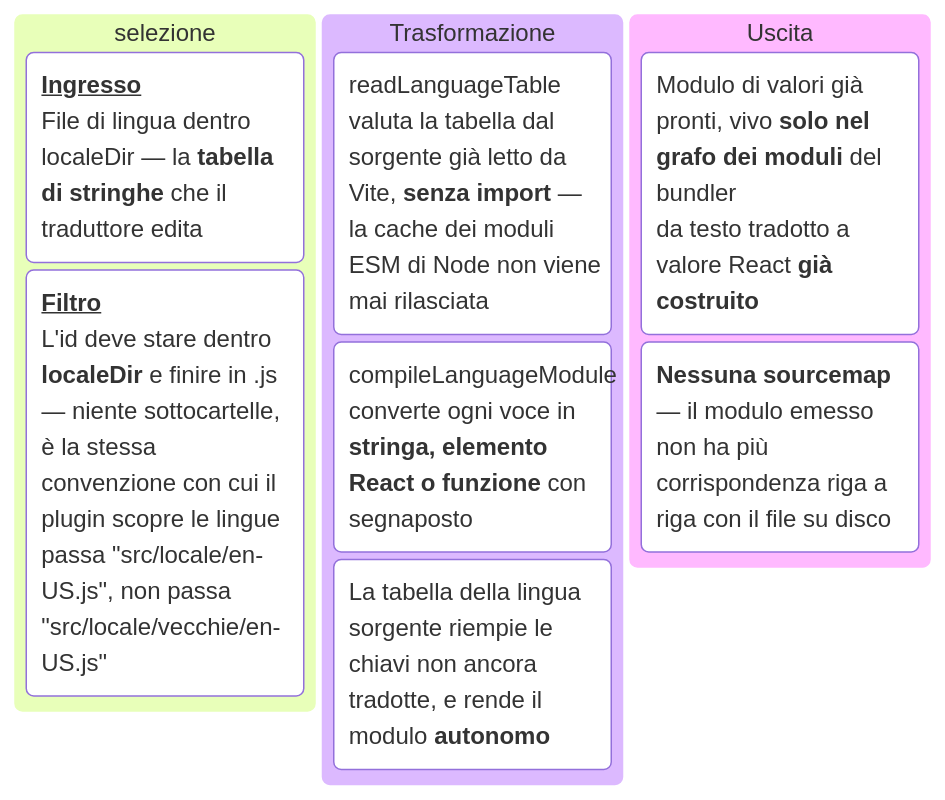
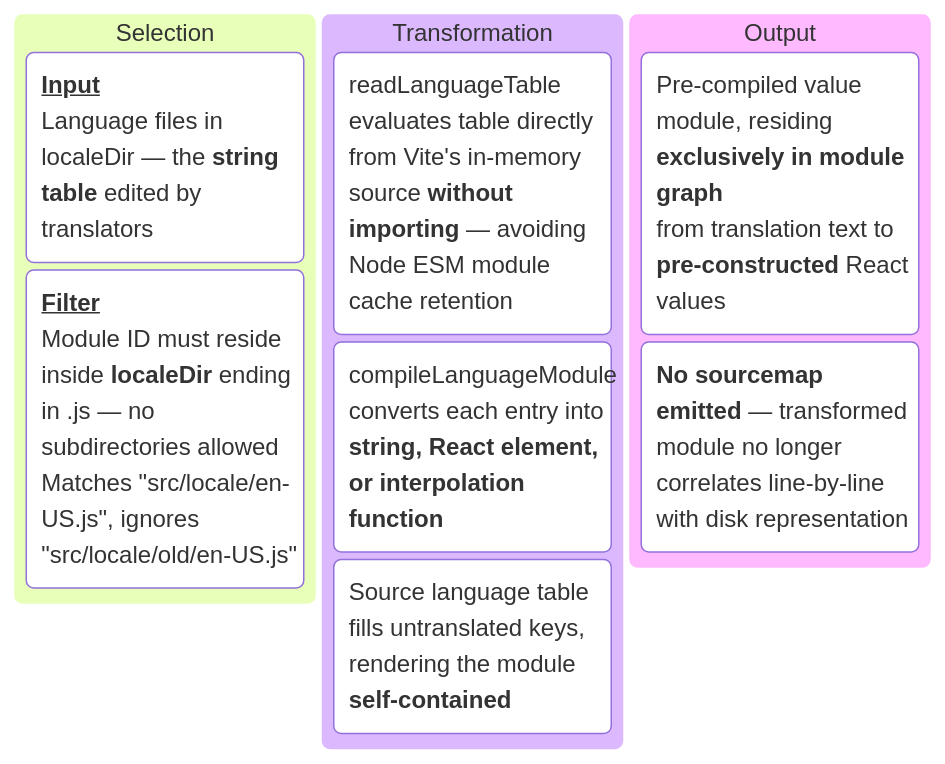
Before and after one commit to sepoina/viteTranslate: the fifth of 8 diagrams in doc/structure.md, drawn with Mermaid. The commit also changed other lines of this file, not shown here.

````diff
--- a/doc/structure.md
+++ b/doc/structure.md
@@ -281,13 +282,13 @@
 ```mermaid
 kanban
-  lin[selezione]
-    l1[<b><u>Ingresso</u></b><br/>File di lingua dentro localeDir — la <b>tabella di stringhe</b> che il traduttore edita]
-    l2[<b><u>Filtro</u></b><br/>L'id deve stare dentro <b>localeDir</b> e finire in .js — niente sottocartelle, è la stessa convenzione con cui il plugin scopre le lingue<br/>passa "src/locale/en-US.js", non passa "src/locale/vecchie/en-US.js"]
-  llavoro[Trasformazione]
-    l3[readLanguageTable valuta la tabella dal sorgente già letto da Vite, <b>senza import</b> — la cache dei moduli ESM di Node non viene mai rilasciata]
-    l4[compileLanguageModule converte ogni voce in <b>stringa, elemento React o funzione</b> con segnaposto]
-    l5[La tabella della lingua sorgente riempie le chiavi non ancora tradotte, e rende il modulo <b>autonomo</b>]
-  lout[Uscita]
-    l6[Modulo di valori già pronti, vivo <b>solo nel grafo dei moduli</b> del bundler<br/>da testo tradotto a valore React <b>già costruito</b>]
-    l7[<b>Nessuna sourcemap</b> — il modulo emesso non ha più corrispondenza riga a riga con il file su disco]
+  lin[Selection]
+    l1[<b><u>Input</u></b><br/>Language files in localeDir — the <b>string table</b> edited by translators]
+    l2[<b><u>Filter</u></b><br/>Module ID must reside inside <b>localeDir</b> ending in .js — no subdirectories allowed<br/>Matches "src/locale/en-US.js", ignores "src/locale/old/en-US.js"]
+  llavoro[Transformation]
+    l3[readLanguageTable evaluates table directly from Vite's in-memory source <b>without importing</b> — avoiding Node ESM module cache retention]
+    l4[compileLanguageModule converts each entry into <b>string, React element, or interpolation function</b>]
+    l5[Source language table fills untranslated keys, rendering the module <b>self-contained</b>]
+  lout[Output]
+    l6[Pre-compiled value module, residing <b>exclusively in module graph</b><br/>from translation text to <b>pre-constructed</b> React values]
+    l7[<b>No sourcemap emitted</b> — transformed module no longer correlates line-by-line with disk representation]
 ```
````
